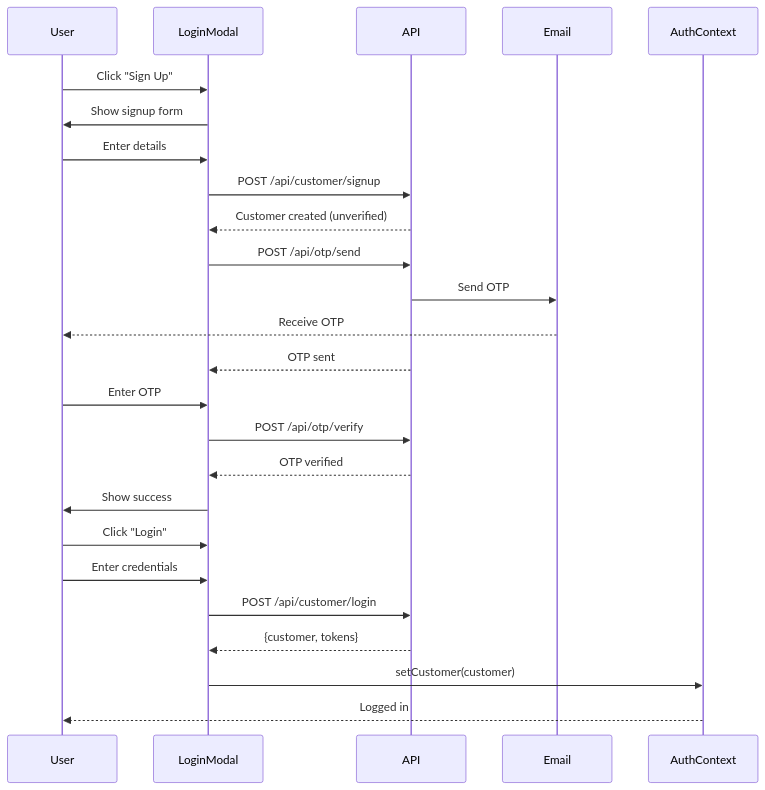
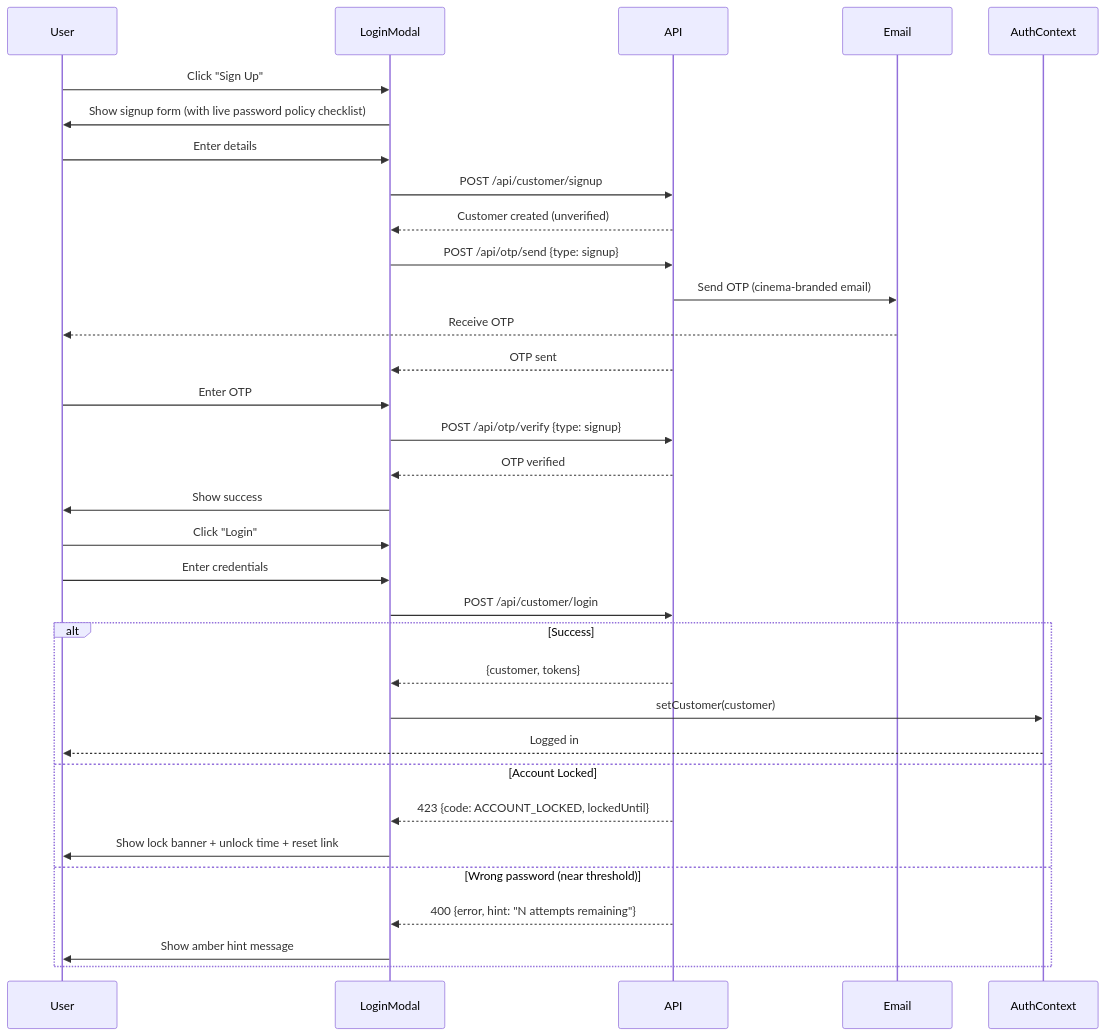
The third of 21 diagrams in users.md (hduraimurugan/cinema-app-docs), drawn with Mermaid before and after one commit. The commit also changed other lines of this file and 3 other files, not shown here.

Commit message:
feat: enhance customer authentication with account lockout, session management, and password reset flows

````diff
--- a/users.md
+++ b/users.md
@@ -78,32 +79,40 @@
 ```mermaid
 sequenceDiagram
     participant User
     participant LoginModal
     participant API
     participant Email
     participant AuthContext
 
     User->>LoginModal: Click "Sign Up"
-    LoginModal->>User: Show signup form
+    LoginModal->>User: Show signup form (with live password policy checklist)
 
     User->>LoginModal: Enter details
     LoginModal->>API: POST /api/customer/signup
     API-->>LoginModal: Customer created (unverified)
 
-    LoginModal->>API: POST /api/otp/send
-    API->>Email: Send OTP
+    LoginModal->>API: POST /api/otp/send {type: signup}
+    API->>Email: Send OTP (cinema-branded email)
     Email-->>User: Receive OTP
     API-->>LoginModal: OTP sent
 
     User->>LoginModal: Enter OTP
-    LoginModal->>API: POST /api/otp/verify
+    LoginModal->>API: POST /api/otp/verify {type: signup}
     API-->>LoginModal: OTP verified
     LoginModal->>User: Show success
 
     User->>LoginModal: Click "Login"
     User->>LoginModal: Enter credentials
     LoginModal->>API: POST /api/customer/login
-    API-->>LoginModal: {customer, tokens}
-    LoginModal->>AuthContext: setCustomer(customer)
-    AuthContext-->>User: Logged in
+    alt Success
+        API-->>LoginModal: {customer, tokens}
+        LoginModal->>AuthContext: setCustomer(customer)
+        AuthContext-->>User: Logged in
+    else Account Locked
+        API-->>LoginModal: 423 {code: ACCOUNT_LOCKED, lockedUntil}
+        LoginModal->>User: Show lock banner + unlock time + reset link
+    else Wrong password (near threshold)
+        API-->>LoginModal: 400 {error, hint: "N attempts remaining"}
+        LoginModal->>User: Show amber hint message
+    end
 ```
````
